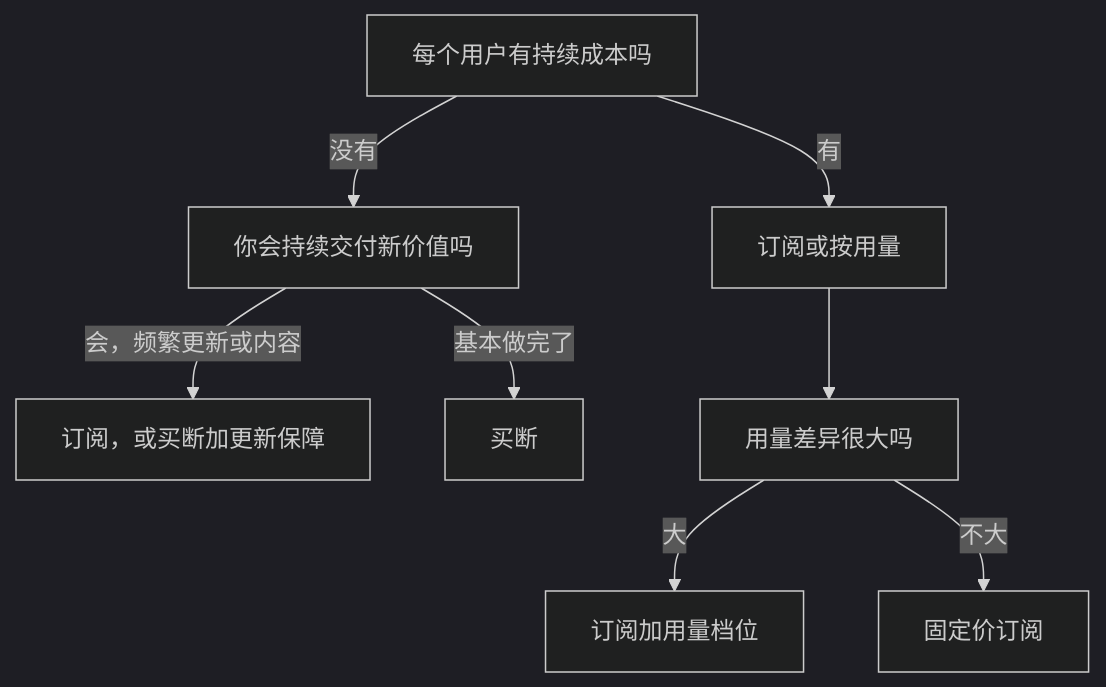
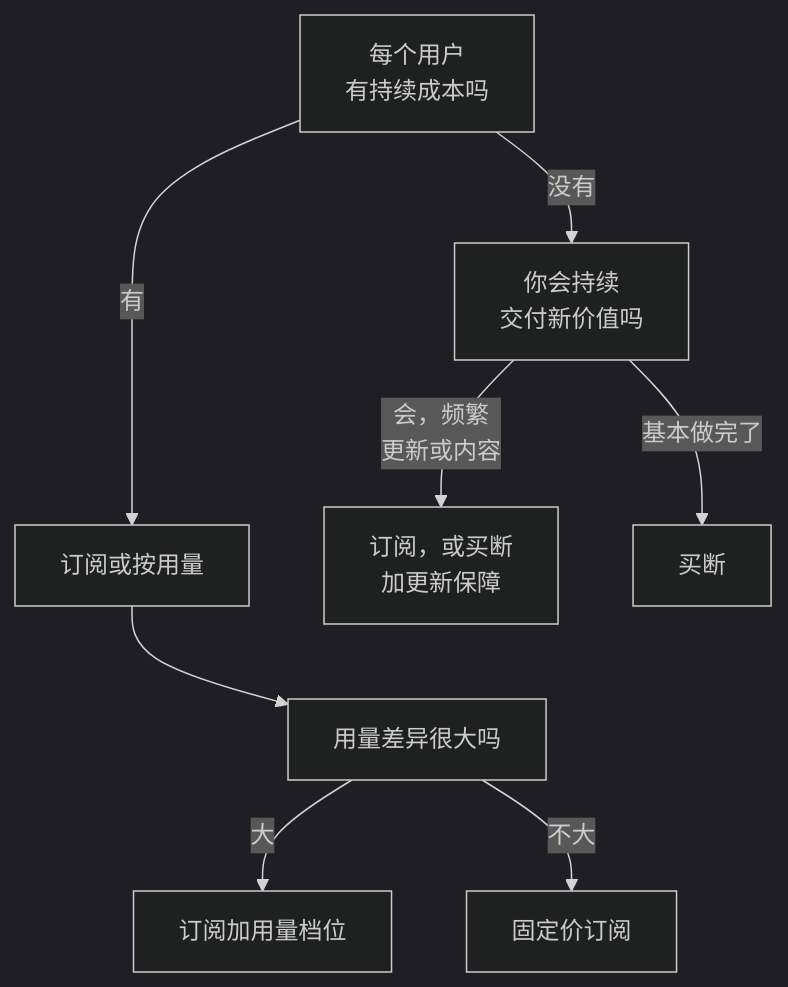
The diagram in books/pricing-monetization/02-subscription-vs-oneoff.md (jarvis-pro/hatch-shelf), drawn with Mermaid (dark theme) before and after one commit. The commit also changed 432 other files, not shown here.

````diff
--- a/books/pricing-monetization/02-subscription-vs-oneoff.md
+++ b/books/pricing-monetization/02-subscription-vs-oneoff.md
@@ -99,10 +99,11 @@
 ```mermaid
 flowchart TD
-  A["每个用户有持续成本吗"] -->|"有"| S["订阅或按用量"]
-  A -->|"没有"| B["你会持续交付新价值吗"]
-  B -->|"会，频繁更新或内容"| S2["订阅，或买断加更新保障"]
+  A["每个用户<br/>有持续成本吗"] -->|"有"| S["订阅或按用量"]
+  A -->|"没有"| B["你会持续<br/>交付新价值吗"]
+  B -->|"会，频繁<br/>更新或内容"| S2["订阅，或买断<br/>加更新保障"]
   B -->|"基本做完了"| O["买断"]
   S --> C["用量差异很大吗"]
   C -->|"大"| U["订阅加用量档位"]
   C -->|"不大"| F["固定价订阅"]
+  O ~~~ C
 ```
````
